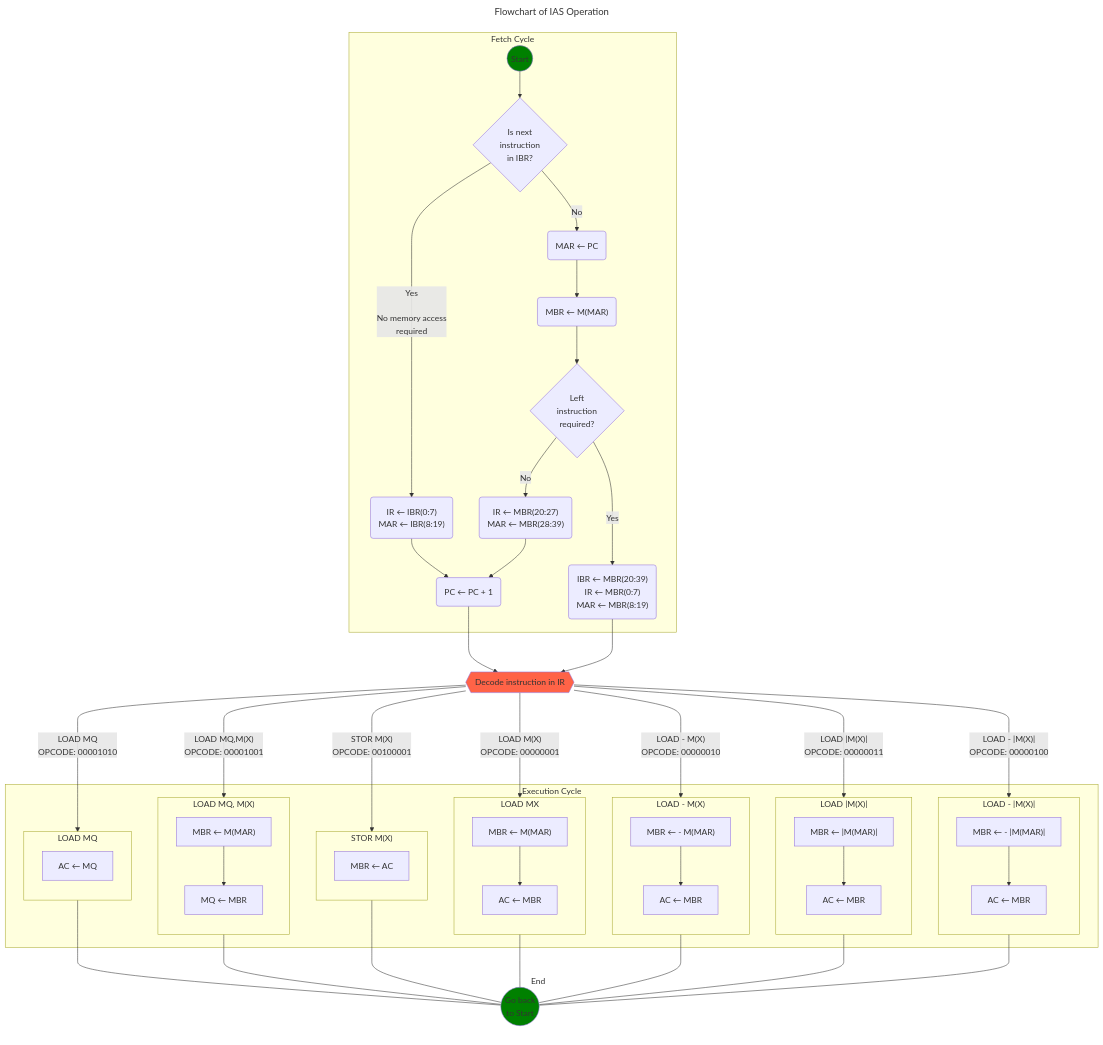
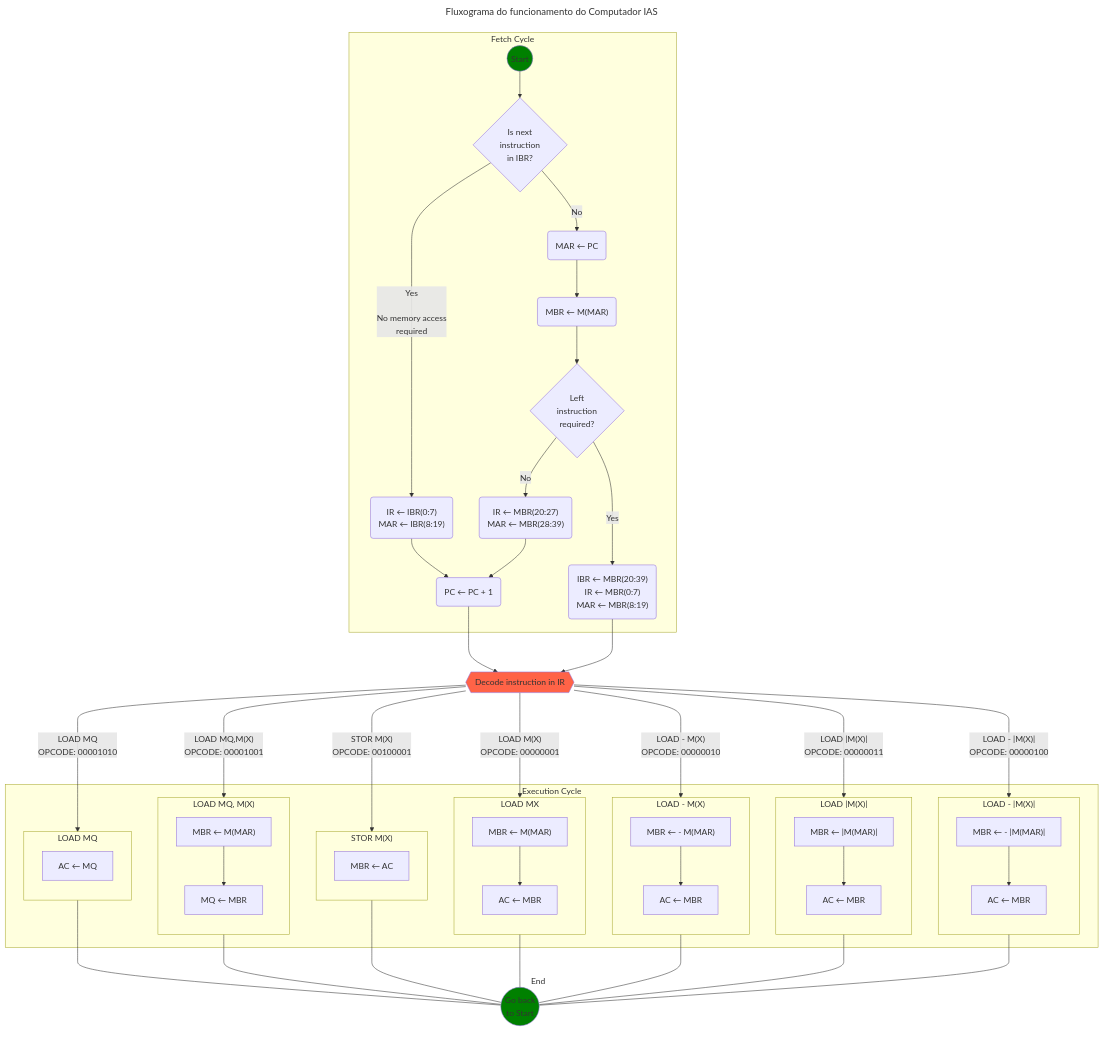
One commit to davidalain/ias_computer changed the diagram in README.md. Above: the diagram before and after it, drawn with Mermaid. The commit also changed other lines of this file, not shown here.

````diff
--- a/README.md
+++ b/README.md
@@ -16,6 +15,6 @@
 ```mermaid
 ---
-title: Flowchart of IAS Operation
+title:  Fluxograma do funcionamento do Computador IAS
 ---
 flowchart TB
 
````
